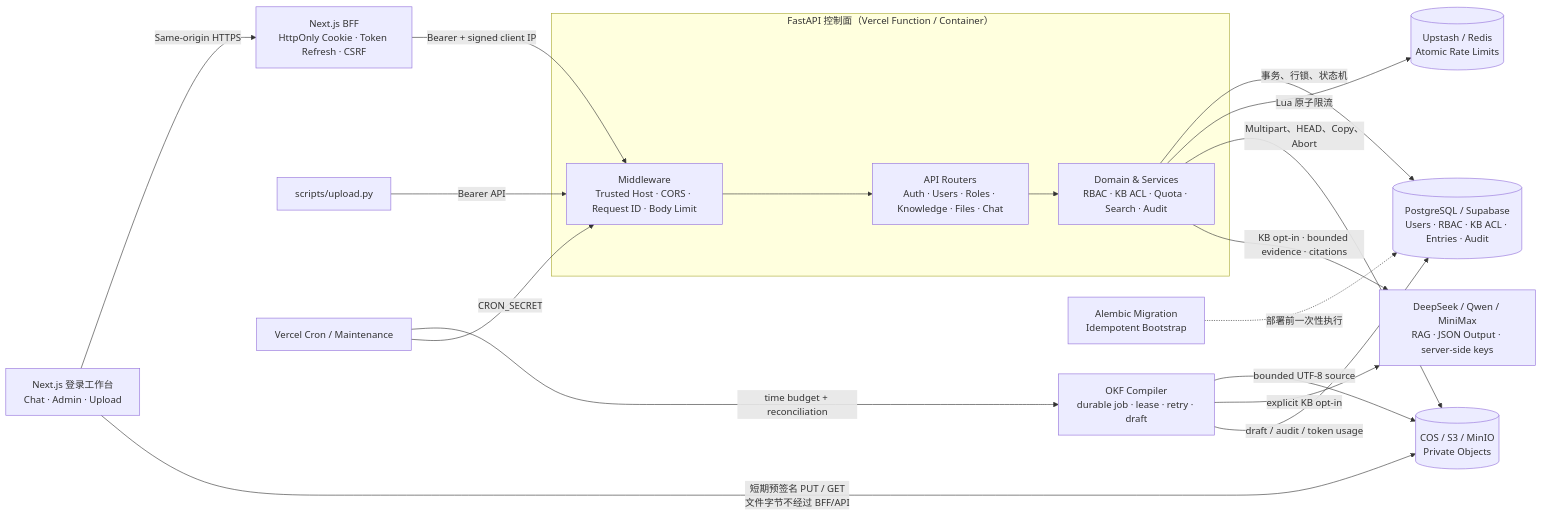
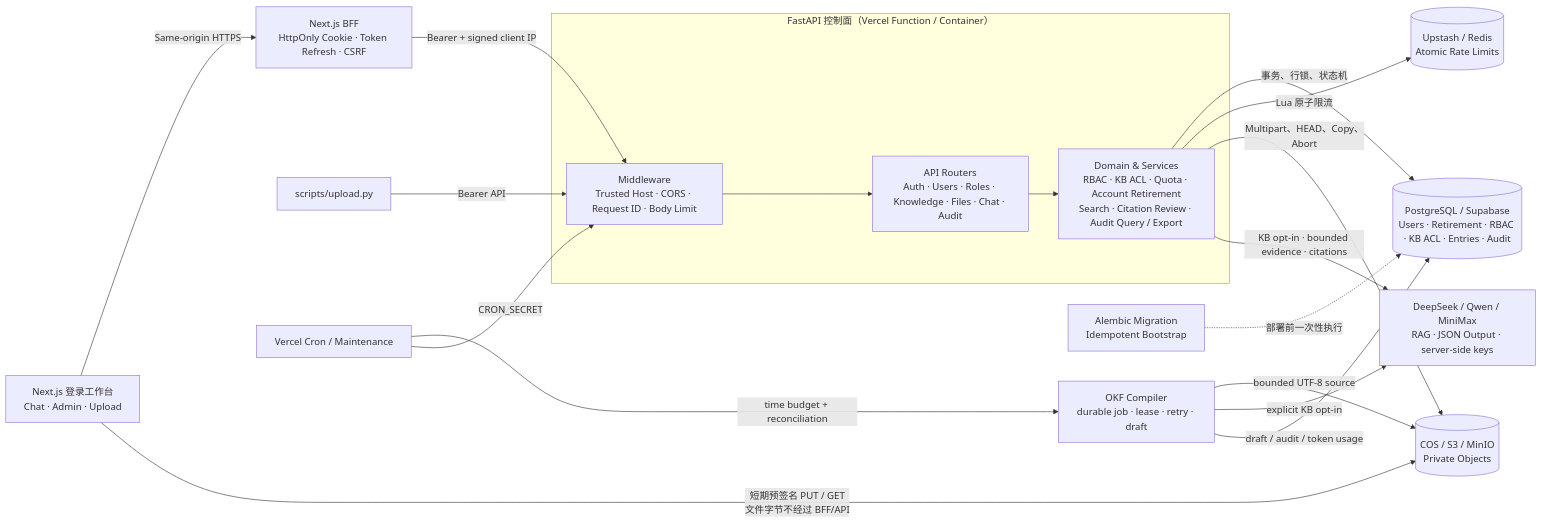
One commit to SuperGokou/knowledgebases changed the first of 3 diagrams in README.md. Above: the diagram before and after it, drawn with Mermaid. The commit also changed other lines of this file and 442 other files, not shown here.

````diff
--- a/README.md
+++ b/README.md
@@ -87,36 +108,36 @@
 ```mermaid
 flowchart LR
     Browser["Next.js 登录工作台<br/>Chat · Admin · Upload"]
     BFF["Next.js BFF<br/>HttpOnly Cookie · Token Refresh · CSRF"]
     CLI["scripts/upload.py"]
     Cron["Vercel Cron / Maintenance"]
     Ops["Alembic Migration<br/>Idempotent Bootstrap"]
 
     subgraph Control["FastAPI 控制面（Vercel Function / Container）"]
         Middleware["Middleware<br/>Trusted Host · CORS · Request ID · Body Limit"]
-        API["API Routers<br/>Auth · Users · Roles · Knowledge · Files · Chat"]
-        Services["Domain & Services<br/>RBAC · KB ACL · Quota · Search · Audit"]
+        API["API Routers<br/>Auth · Users · Roles · Knowledge · Files · Chat · Audit"]
+        Services["Domain & Services<br/>RBAC · KB ACL · Quota · Account Retirement<br/>Search · Citation Review · Audit Query / Export"]
         Middleware --> API --> Services
     end
 
-    PostgreSQL[("PostgreSQL / Supabase<br/>Users · RBAC · KB ACL · Entries · Audit")]
+    PostgreSQL[("PostgreSQL / Supabase<br/>Users · Retirement · RBAC · KB ACL · Entries · Audit")]
     Redis[("Upstash / Redis<br/>Atomic Rate Limits")]
     Storage[("COS / S3 / MinIO<br/>Private Objects")]
     LLM["DeepSeek / Qwen / MiniMax<br/>RAG · JSON Output · server-side keys"]
     OKFWorker["OKF Compiler<br/>durable job · lease · retry · draft"]
 
     Browser -->|"Same-origin HTTPS"| BFF
     BFF -->|"Bearer + signed client IP"| Middleware
     CLI -->|"Bearer API"| Middleware
     Services -->|"事务、行锁、状态机"| PostgreSQL
     Services -->|"Lua 原子限流"| Redis
     Services -->|"Multipart、HEAD、Copy、Abort"| Storage
     Services -->|"KB opt-in · bounded evidence · citations"| LLM
     Browser -->|"短期预签名 PUT / GET<br/>文件字节不经过 BFF/API"| Storage
     Cron -->|"time budget + reconciliation"| OKFWorker
     OKFWorker -->|"bounded UTF-8 source"| Storage
     OKFWorker -->|"explicit KB opt-in"| LLM
     OKFWorker -->|"draft / audit / token usage"| PostgreSQL
     Cron -->|"CRON_SECRET"| Middleware
     Ops -.->|"部署前一次性执行"| PostgreSQL
 ```
````
